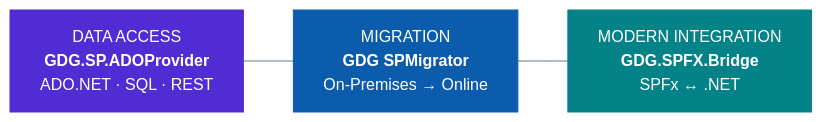
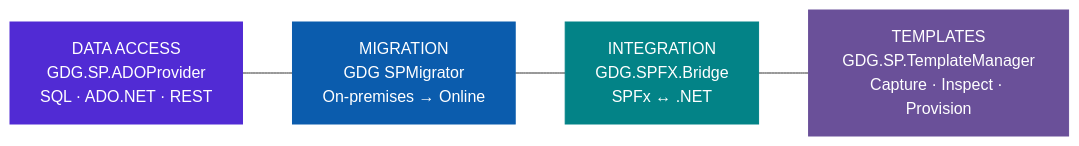
The first of 3 diagrams in README.md (gdelgiovine/GDGEngineeringPortfolio), drawn with Mermaid before and after one commit. The commit also changed other lines of this file, not shown here.

Commit message:
Expand SharePoint engineering portfolio with latest ADOProvider demos and TemplateManager

````diff
--- a/README.md
+++ b/README.md
@@ -50,25 +52,20 @@
-```mermaid
-%%{init: {'theme':'base','themeVariables':{
-  'primaryColor':'#0B5CAD',
-  'primaryTextColor':'#FFFFFF',
-  'primaryBorderColor':'#0B5CAD',
-  'lineColor':'#64748B',
-  'secondaryColor':'#512BD4',
-  'tertiaryColor':'#038387'
-}}}%%
+~~~mermaid
 flowchart LR
-    DATA["DATA ACCESS<br/><b>GDG.SP.ADOProvider</b><br/>ADO.NET · SQL · REST"]
-    MIG["MIGRATION<br/><b>GDG SPMigrator</b><br/>On-Premises → Online"]
-    BRIDGE["MODERN INTEGRATION<br/><b>GDG.SPFX.Bridge</b><br/>SPFx ↔ .NET"]
+    DATA["DATA ACCESS<br/>GDG.SP.ADOProvider<br/>SQL · ADO.NET · REST"]
+    MIG["MIGRATION<br/>GDG SPMigrator<br/>On-premises → Online"]
+    BRIDGE["INTEGRATION<br/>GDG.SPFX.Bridge<br/>SPFx ↔ .NET"]
+    TM["TEMPLATES<br/>GDG.SP.TemplateManager<br/>Capture · Inspect · Provision"]
 
     DATA --- MIG
     MIG --- BRIDGE
+    BRIDGE --- TM
 
     classDef data fill:#512BD4,color:#fff,stroke:#512BD4;
     classDef mig fill:#0B5CAD,color:#fff,stroke:#0B5CAD;
     classDef bridge fill:#038387,color:#fff,stroke:#038387;
-
+    classDef tm fill:#6A5099,color:#fff,stroke:#6A5099;
     class DATA data;
     class MIG mig;
     class BRIDGE bridge;
-```
+    class TM tm;
+~~~
````
